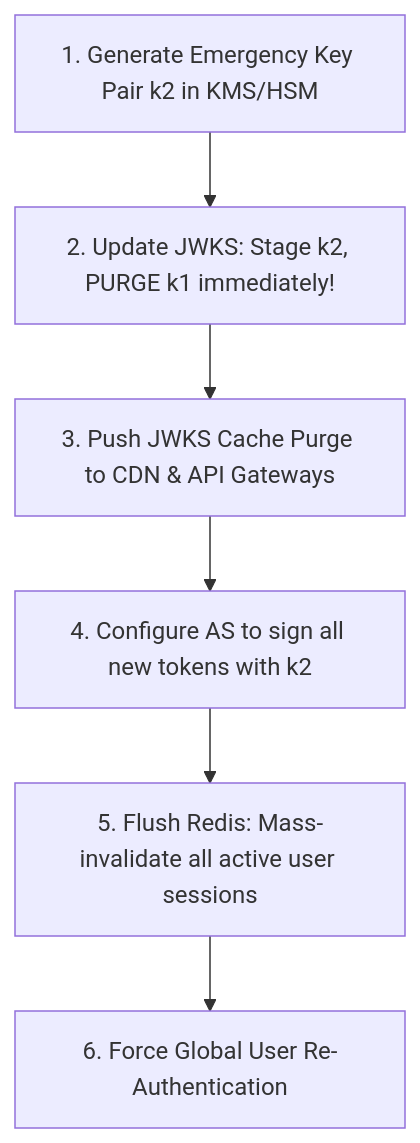
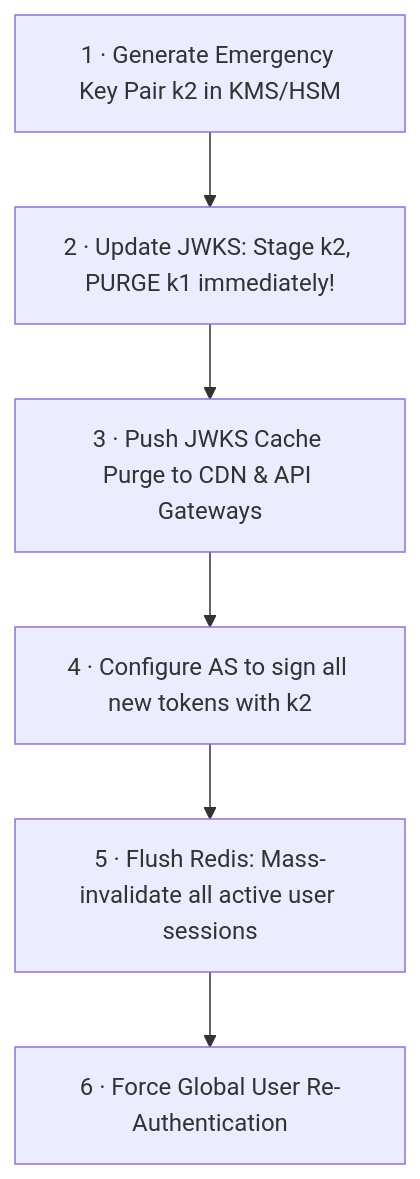
The diagram in content/Architecture/solution-architecture-concepts/authentication/capstone/02-incident-tabletop.md (darshan-raul/cloudnative-wiki), drawn with Mermaid before and after one commit. The commit also changed 94 other files, not shown here.

````diff
--- a/content/Architecture/solution-architecture-concepts/authentication/capstone/02-incident-tabletop.md
+++ b/content/Architecture/solution-architecture-concepts/authentication/capstone/02-incident-tabletop.md
@@ -96,8 +96,8 @@
 ```mermaid
 flowchart TD
-    Step1[1. Generate Emergency Key Pair k2 in KMS/HSM] --> Step2[2. Update JWKS: Stage k2, PURGE k1 immediately!]
-    Step2 --> Step3[3. Push JWKS Cache Purge to CDN & API Gateways]
-    Step3 --> Step4[4. Configure AS to sign all new tokens with k2]
-    Step4 --> Step5[5. Flush Redis: Mass-invalidate all active user sessions]
-    Step5 --> Step6[6. Force Global User Re-Authentication]
+    Step1[1 · Generate Emergency Key Pair k2 in KMS/HSM] --> Step2[2 · Update JWKS: Stage k2, PURGE k1 immediately!]
+    Step2 --> Step3[3 · Push JWKS Cache Purge to CDN & API Gateways]
+    Step3 --> Step4[4 · Configure AS to sign all new tokens with k2]
+    Step4 --> Step5[5 · Flush Redis: Mass-invalidate all active user sessions]
+    Step5 --> Step6[6 · Force Global User Re-Authentication]
 ```
````
